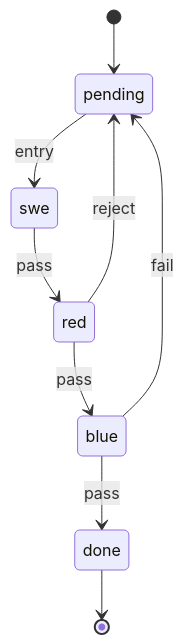
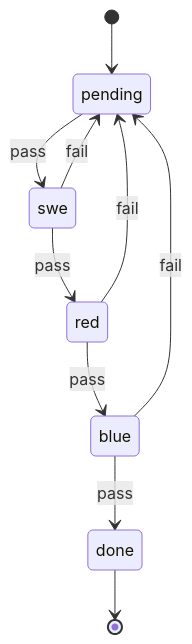
The second of 6 diagrams in docs/gate-uml-spec.md (msbrettorg/maenifold), drawn with Mermaid before and after one commit. The commit also changed other lines of this file and 1 other file, not shown here.

````diff
--- a/docs/gate-uml-spec.md
+++ b/docs/gate-uml-spec.md
@@ -418,13 +488,14 @@
 ```mermaid
 stateDiagram-v2
 [*] --> pending
 
-pending --> swe: entry
+pending --> swe: pass
 swe --> red: pass
+swe --> pending: fail
 red --> blue: pass
-red --> pending: reject
+red --> pending: fail
 blue --> done: pass
 blue --> pending: fail
 
 done --> [*]
 ```
````
